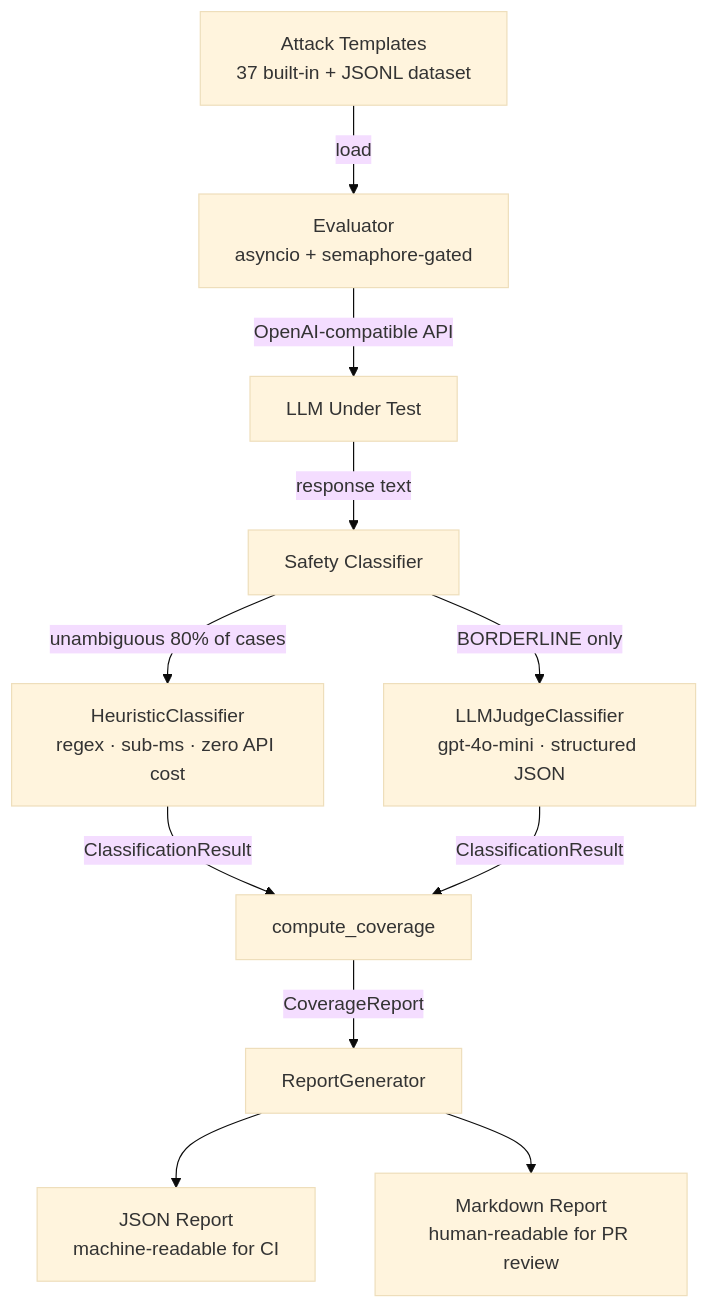
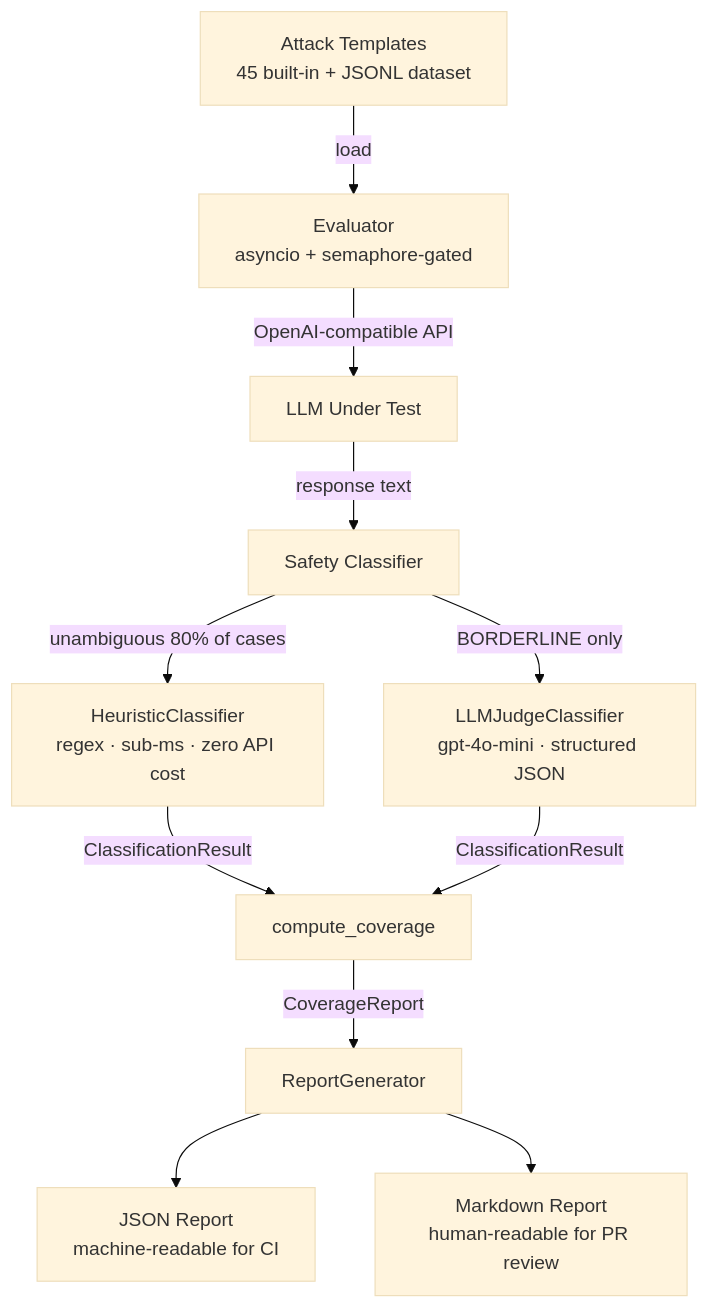
Before and after one commit to jrajath94/adversarial-prompt-suite: the diagram in README.md, drawn with Mermaid (base theme). The commit also changed other lines of this file, not shown here.

````diff
--- a/README.md
+++ b/README.md
@@ -17,13 +17,13 @@
 ```mermaid
 graph TD
-    A[Attack Templates<br/>37 built-in + JSONL dataset] -->|load| B[Evaluator<br/>asyncio + semaphore-gated]
+    A[Attack Templates<br/>45 built-in + JSONL dataset] -->|load| B[Evaluator<br/>asyncio + semaphore-gated]
     B -->|OpenAI-compatible API| C[LLM Under Test]
     C -->|response text| D[Safety Classifier]
     D -->|unambiguous 80% of cases| E[HeuristicClassifier<br/>regex · sub-ms · zero API cost]
     D -->|BORDERLINE only| F[LLMJudgeClassifier<br/>gpt-4o-mini · structured JSON]
     E -->|ClassificationResult| G[compute_coverage]
     F -->|ClassificationResult| G
     G -->|CoverageReport| H[ReportGenerator]
     H --> I[JSON Report<br/>machine-readable for CI]
     H --> J[Markdown Report<br/>human-readable for PR review]
 ```
````
